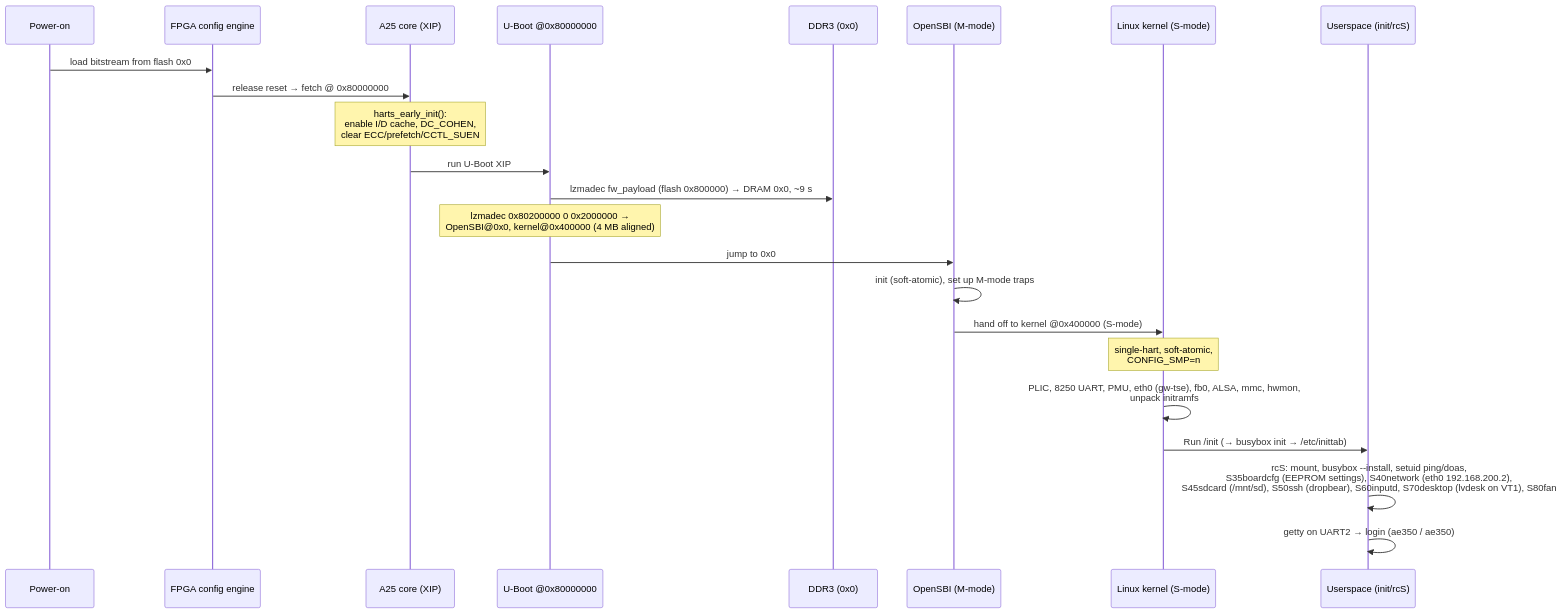
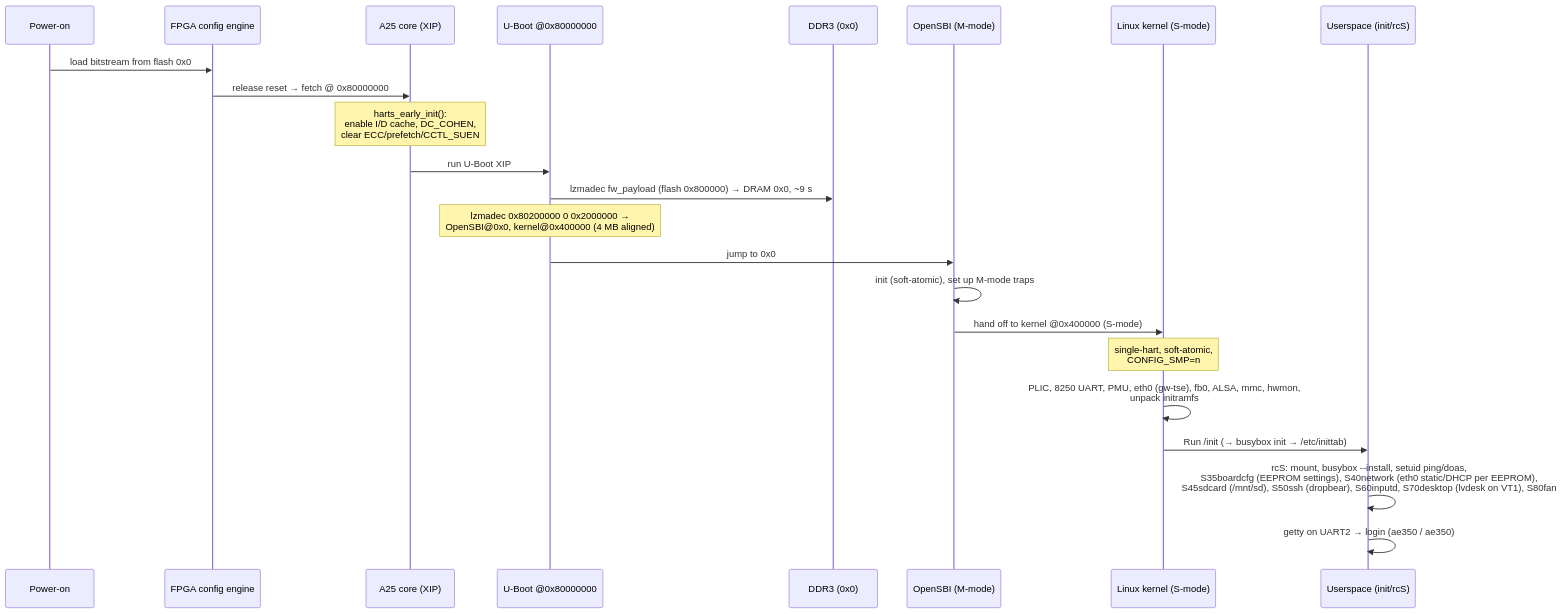
One commit to phoenix367/tang-mega-138K-Pro-demo changed the second of 3 diagrams in doc/03-boot.md. Above: the diagram before and after it, drawn with Mermaid. The commit also changed other lines of this file and 18 other files, not shown here.

````diff
--- a/doc/03-boot.md
+++ b/doc/03-boot.md
@@ -29,26 +29,26 @@
 ```mermaid
 sequenceDiagram
   participant PWR as Power-on
   participant FPGA as FPGA config engine
   participant A25 as A25 core (XIP)
   participant UB as U-Boot @0x80000000
   participant DDR as DDR3 (0x0)
   participant SBI as OpenSBI (M-mode)
   participant K as Linux kernel (S-mode)
   participant US as Userspace (init/rcS)
 
   PWR->>FPGA: load bitstream from flash 0x0
   FPGA->>A25: release reset → fetch @ 0x80000000
   Note over A25: harts_early_init():<br/>enable I/D cache, DC_COHEN,<br/>clear ECC/prefetch/CCTL_SUEN
   A25->>UB: run U-Boot XIP
   UB->>DDR: lzmadec fw_payload (flash 0x800000) → DRAM 0x0, ~9 s
   Note over UB: lzmadec 0x80200000 0 0x2000000 →<br/>OpenSBI@0x0, kernel@0x400000 (4 MB aligned)
   UB->>SBI: jump to 0x0
   SBI->>SBI: init (soft-atomic), set up M-mode traps
   SBI->>K: hand off to kernel @0x400000 (S-mode)
   Note over K: single-hart, soft-atomic,<br/>CONFIG_SMP=n
   K->>K: PLIC, 8250 UART, PMU, eth0 (gw-tse), fb0, ALSA, mmc, hwmon,<br/>unpack initramfs
   K->>US: Run /init  (→ busybox init → /etc/inittab)
-  US->>US: rcS: mount, busybox --install, setuid ping/doas,<br/>S35boardcfg (EEPROM settings), S40network (eth0 192.168.200.2),<br/>S45sdcard (/mnt/sd), S50ssh (dropbear), S60inputd, S70desktop (lvdesk on VT1), S80fan
+  US->>US: rcS: mount, busybox --install, setuid ping/doas,<br/>S35boardcfg (EEPROM settings), S40network (eth0 static/DHCP per EEPROM),<br/>S45sdcard (/mnt/sd), S50ssh (dropbear), S60inputd, S70desktop (lvdesk on VT1), S80fan
   US->>US: getty on UART2 → login (ae350 / ae350)
 ```
````
